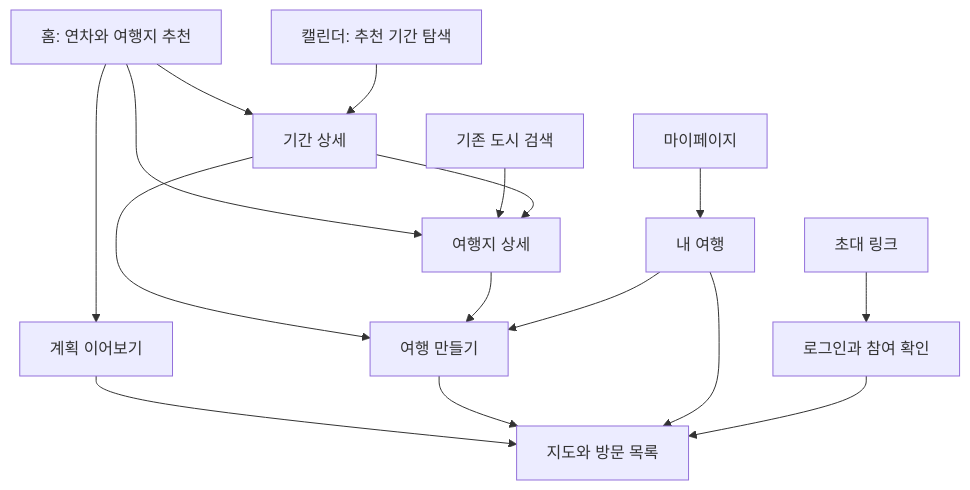
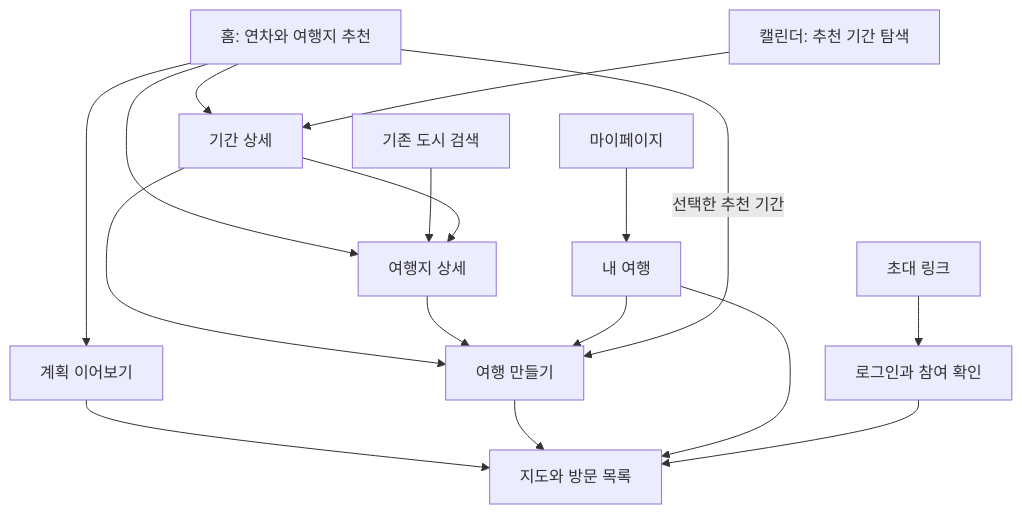
The diagram in guide/TRAVEL_PLANNER_SPEC.md (Team-Bigong/oguri-kotlin-multiplatform), drawn with Mermaid before and after one commit. The commit also changed other lines of this file and 3 other files, not shown here.

````diff
--- a/guide/TRAVEL_PLANNER_SPEC.md
+++ b/guide/TRAVEL_PLANNER_SPEC.md
@@ -94,18 +94,19 @@
 ```mermaid
 flowchart TD
     Home[홈: 연차와 여행지 추천] --> Period[기간 상세]
     Calendar[캘린더: 추천 기간 탐색] --> Period
     Home --> Destination[여행지 상세]
     Search[기존 도시 검색] --> Destination
     Period --> Destination
     Period --> Create[여행 만들기]
     Destination --> Create
     MyPage[마이페이지] --> Trips[내 여행]
     Trips --> Create
+    Home -->|선택한 추천 기간| Create
     Home --> Resume[계획 이어보기]
     Resume --> Planner[지도와 방문 목록]
     Create --> Planner
     Trips --> Planner
     Invite[초대 링크] --> Join[로그인과 참여 확인]
     Join --> Planner
 ```
````
